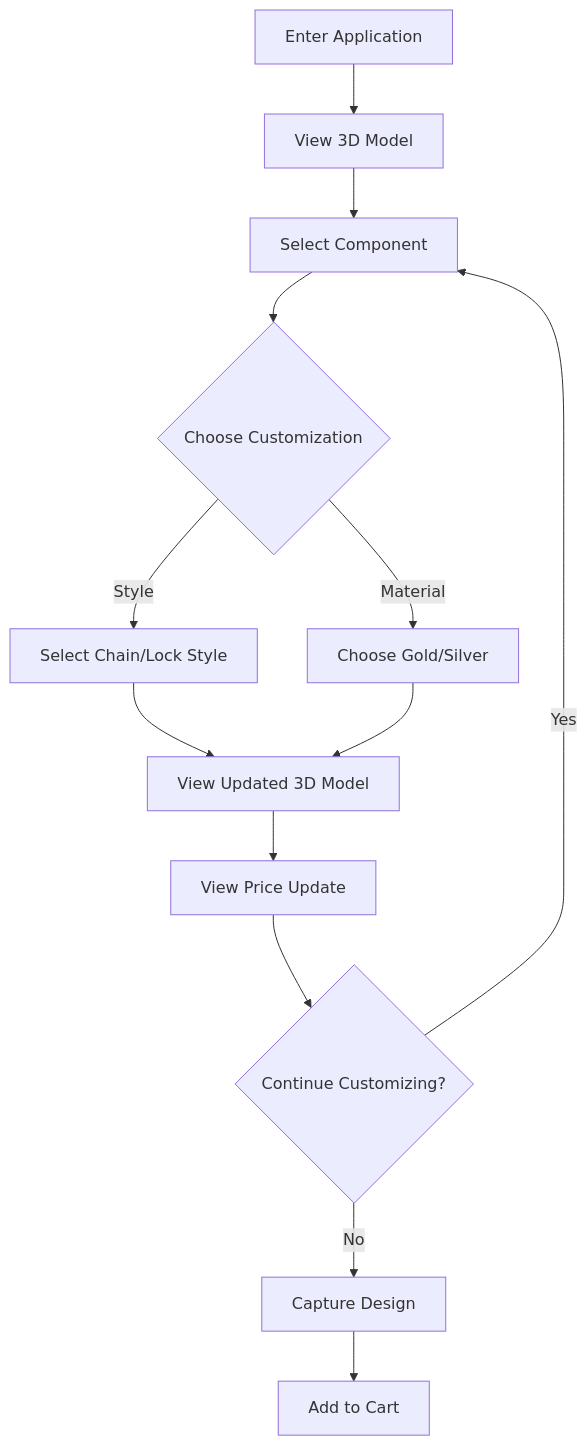
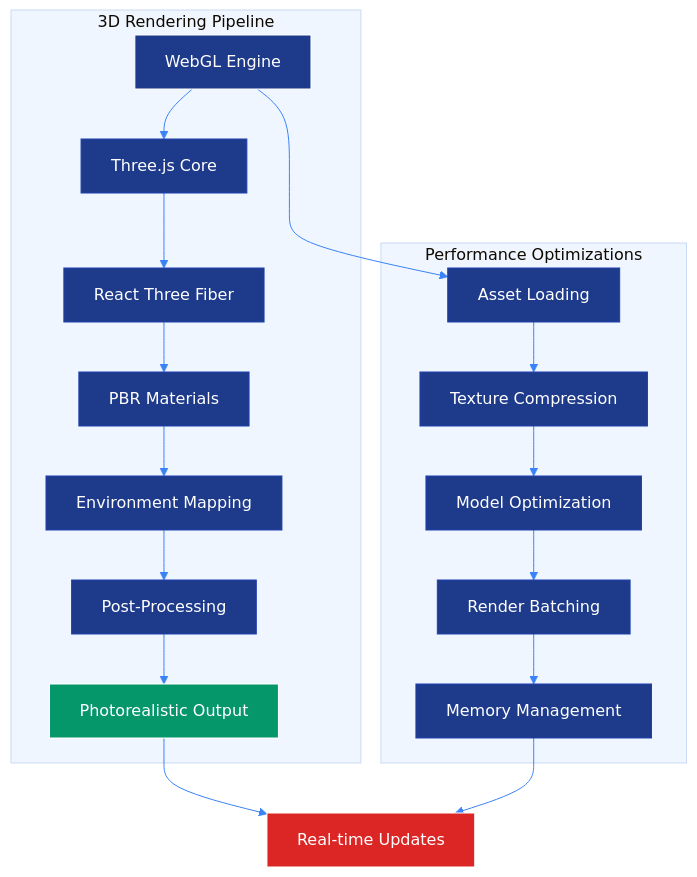
Before and after one commit to jangir-ritik/customR3FforNishaniWordpress: the first of 6 diagrams in README.md, drawn with Mermaid. The commit also changed other lines of this file, not shown here.

Commit message:
feat: readme - combine wordpress and react readme

````diff
--- a/README.md
+++ b/README.md
@@ -54,15 +43,27 @@
 ```mermaid
-graph TD
-    A[Enter Application] --> B[View 3D Model]
-    B --> C[Select Component]
-    C --> D{Choose Customization}
-    D -->|Style| E[Select Chain/Lock Style]
-    D -->|Material| F[Choose Gold/Silver]
-    E --> G[View Updated 3D Model]
-    F --> G
-    G --> H[View Price Update]
-    H --> I{Continue Customizing?}
-    I -->|Yes| C
-    I -->|No| J[Capture Design]
-    J --> K[Add to Cart]
+%%{init: {'theme': 'base', 'themeVariables': { 'primaryColor': '#1e3a8a', 'primaryTextColor': '#ffffff', 'primaryBorderColor': '#1e40af', 'lineColor': '#3b82f6', 'secondaryColor': '#dbeafe', 'tertiaryColor': '#eff6ff', 'background': '#ffffff', 'mainBkg': '#1e3a8a', 'secondBkg': '#3b82f6', 'tertiaryBkg': '#60a5fa'}}}%%
+graph TB
+    subgraph "3D Rendering Pipeline"
+        A[WebGL Engine] --> B[Three.js Core]
+        B --> C[React Three Fiber]
+        C --> D[PBR Materials]
+        D --> E[Environment Mapping]
+        E --> F[Post-Processing]
+        F --> G[Photorealistic Output]
+    end
+
+    subgraph "Performance Optimizations"
+        H[Asset Loading] --> I[Texture Compression]
+        I --> J[Model Optimization]
+        J --> K[Render Batching]
+        K --> L[Memory Management]
+    end
+
+    A --> H
+    G --> M[Real-time Updates]
+    L --> M
+
+    style A fill:#1e3a8a,stroke:#ffffff,color:#ffffff
+    style G fill:#059669,stroke:#ffffff,color:#ffffff
+    style M fill:#dc2626,stroke:#ffffff,color:#ffffff
 ```
````
